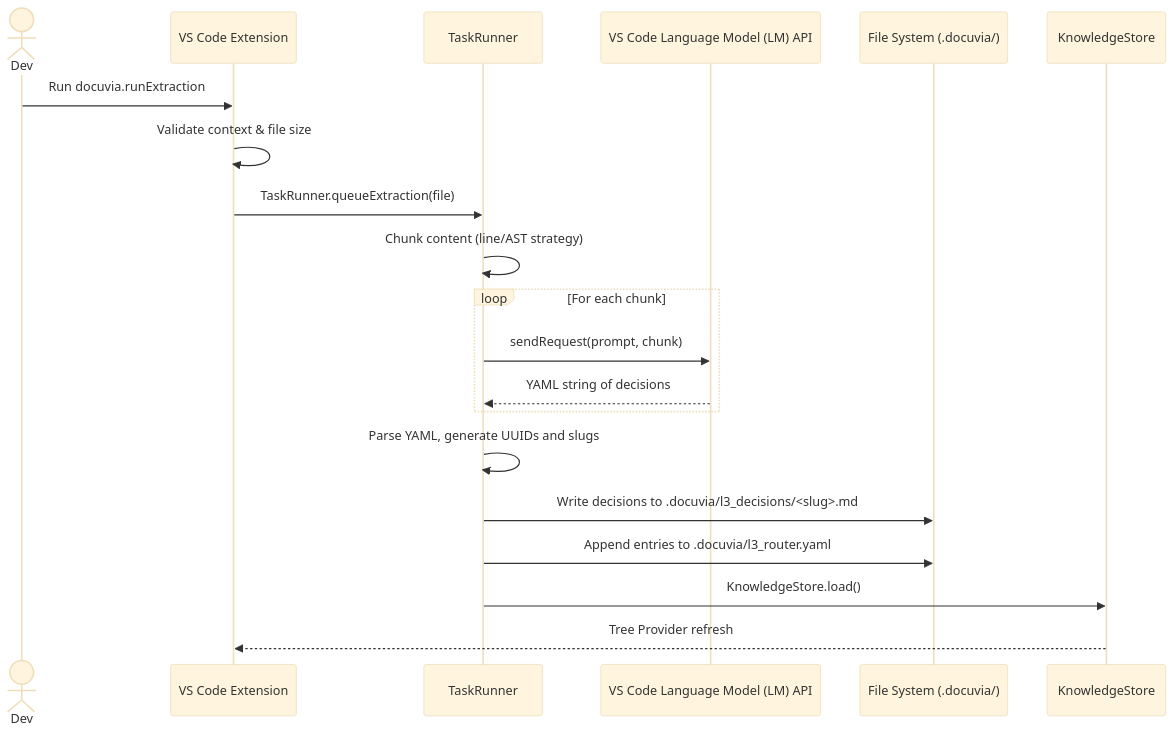
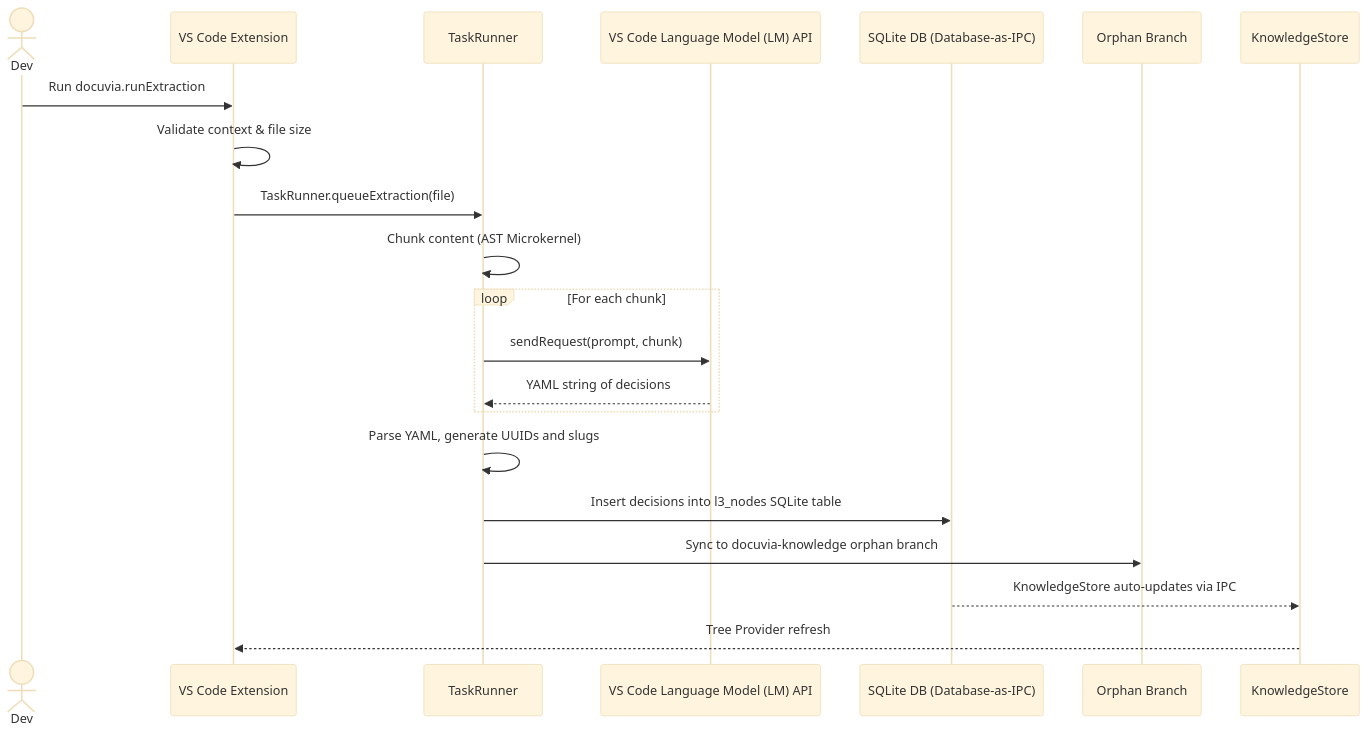
The diagram in docs/design/vscode-client/command-palette/run-extraction.md (dyphn1/Docuvia), drawn with Mermaid (base theme) before and after one commit. The commit also changed other lines of this file, not shown here.

Commit message:
docs(vscode-client): align run-extraction flow with SQLite IPC, Token Management, and AST chunking

````diff
--- a/docs/design/vscode-client/command-palette/run-extraction.md
+++ b/docs/design/vscode-client/command-palette/run-extraction.md
@@ -11,23 +11,24 @@
 ```mermaid
 sequenceDiagram
     actor Dev
     participant VSC as VS Code Extension
     participant TR as TaskRunner
     participant LM as VS Code Language Model (LM) API
-    participant FS as File System (.docuvia/)
+    participant DB as SQLite DB (Database-as-IPC)
+    participant OB as Orphan Branch
     participant KS as KnowledgeStore
 
     Dev->>VSC: Run docuvia.runExtraction
     VSC->>VSC: Validate context & file size
     VSC->>TR: TaskRunner.queueExtraction(file)
-    TR->>TR: Chunk content (line/AST strategy)
+    TR->>TR: Chunk content (AST Microkernel)
     loop For each chunk
         TR->>LM: sendRequest(prompt, chunk)
         LM-->>TR: YAML string of decisions
     end
     TR->>TR: Parse YAML, generate UUIDs and slugs
-    TR->>FS: Write decisions to .docuvia/l3_decisions/<slug>.md
-    TR->>FS: Append entries to .docuvia/l3_router.yaml
-    TR->>KS: KnowledgeStore.load()
+    TR->>DB: Insert decisions into l3_nodes SQLite table
+    TR->>OB: Sync to docuvia-knowledge orphan branch
+    DB-->>KS: KnowledgeStore auto-updates via IPC
     KS-->>VSC: Tree Provider refresh
 ```
````
